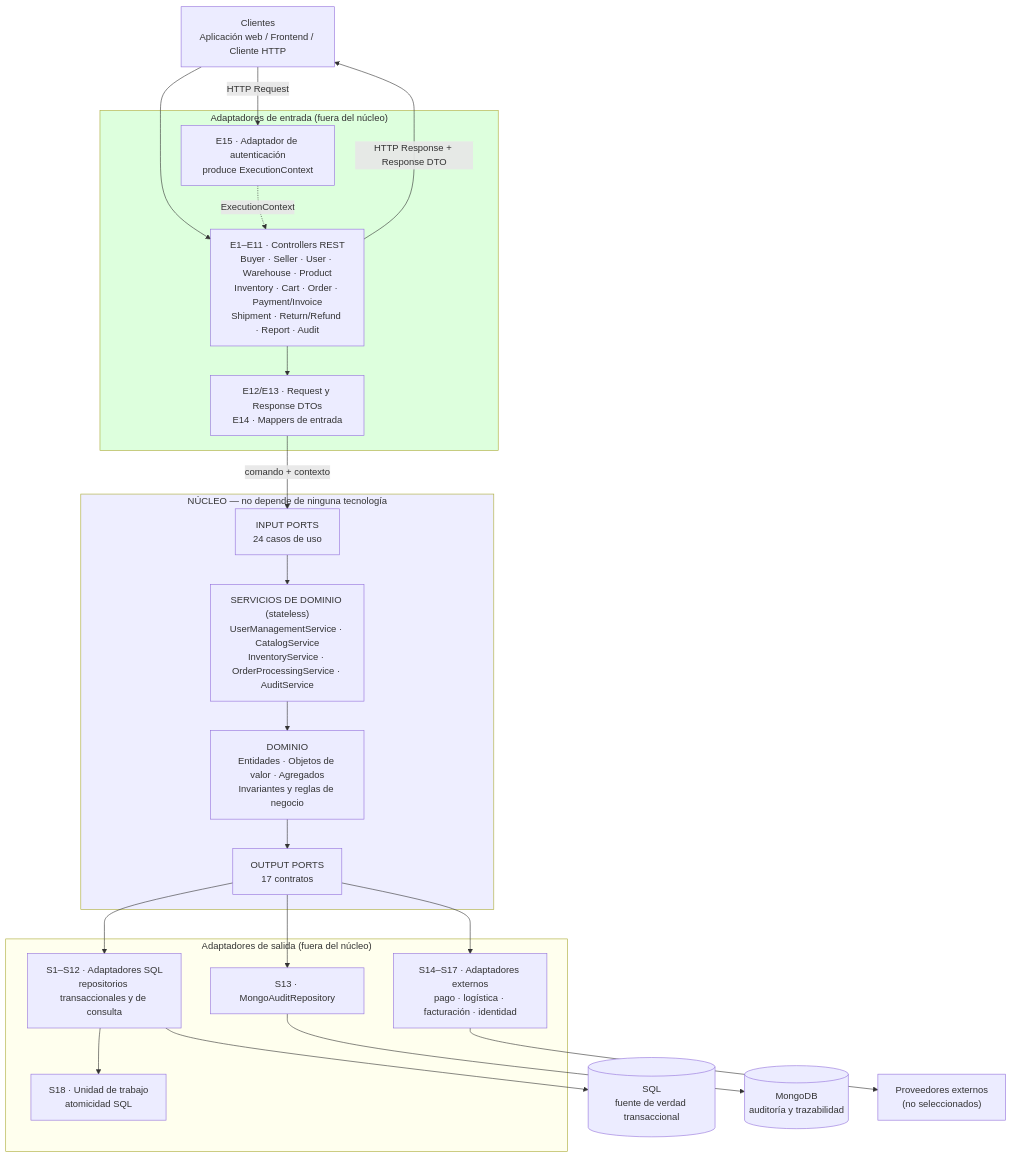
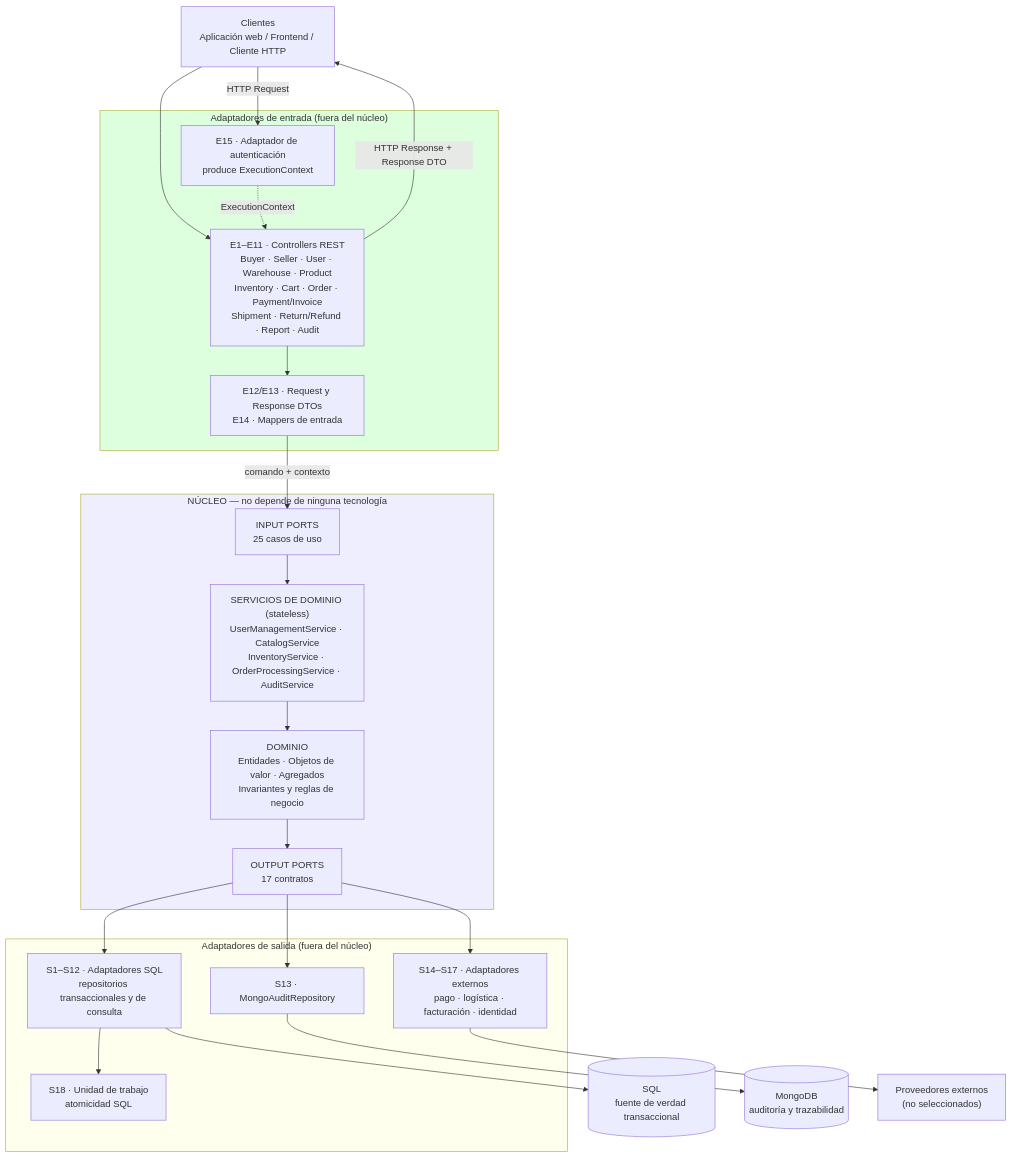
One commit to SamuuVA/Programacion-Web-2-2026 changed the third of 6 diagrams in SDD/Software Architecture/Software Architecture.md. Above: the diagram before and after it, drawn with Mermaid. The commit also changed other lines of this file and 26 other files, not shown here.

````diff
--- a/SDD/Software Architecture/Software Architecture.md
+++ b/SDD/Software Architecture/Software Architecture.md
@@ -344,49 +344,49 @@
 ```mermaid
 flowchart TB
     CL["Clientes<br/>Aplicación web / Frontend / Cliente HTTP"]
 
     subgraph INAD["Adaptadores de entrada (fuera del núcleo)"]
         E15["E15 · Adaptador de autenticación<br/>produce ExecutionContext"]
         E1E11["E1–E11 · Controllers REST<br/>Buyer · Seller · User · Warehouse · Product<br/>Inventory · Cart · Order · Payment/Invoice<br/>Shipment · Return/Refund · Report · Audit"]
         E12E14["E12/E13 · Request y Response DTOs<br/>E14 · Mappers de entrada"]
     end
 
     subgraph CORE["NÚCLEO — no depende de ninguna tecnología"]
-        IP["INPUT PORTS<br/>24 casos de uso"]
+        IP["INPUT PORTS<br/>25 casos de uso"]
         SVC["SERVICIOS DE DOMINIO (stateless)<br/>UserManagementService · CatalogService<br/>InventoryService · OrderProcessingService · AuditService"]
         DOM["DOMINIO<br/>Entidades · Objetos de valor · Agregados<br/>Invariantes y reglas de negocio"]
         OP["OUTPUT PORTS<br/>17 contratos"]
         IP --> SVC
         SVC --> DOM
         DOM --> OP
     end
 
     subgraph OUTAD["Adaptadores de salida (fuera del núcleo)"]
         SQL["S1–S12 · Adaptadores SQL<br/>repositorios transaccionales y de consulta"]
         MONGO["S13 · MongoAuditRepository"]
         EXT["S14–S17 · Adaptadores externos<br/>pago · logística · facturación · identidad"]
         UOW["S18 · Unidad de trabajo<br/>atomicidad SQL"]
     end
 
     PG[("SQL<br/>fuente de verdad transaccional")]
     MG[("MongoDB<br/>auditoría y trazabilidad")]
     PRV["Proveedores externos<br/>(no seleccionados)"]
 
     CL -->|"HTTP Request"| E15
     CL --> E1E11
     E15 -.->|"ExecutionContext"| E1E11
     E1E11 --> E12E14
     E12E14 -->|"comando + contexto"| IP
     OP --> SQL
     OP --> MONGO
     OP --> EXT
     SQL --> PG
     SQL --> UOW
     MONGO --> MG
     EXT --> PRV
     E1E11 -->|"HTTP Response + Response DTO"| CL
 
     style CORE fill:#eef
     style INAD fill:#dfd
     style OUTAD fill:#ffe
 ```
````
